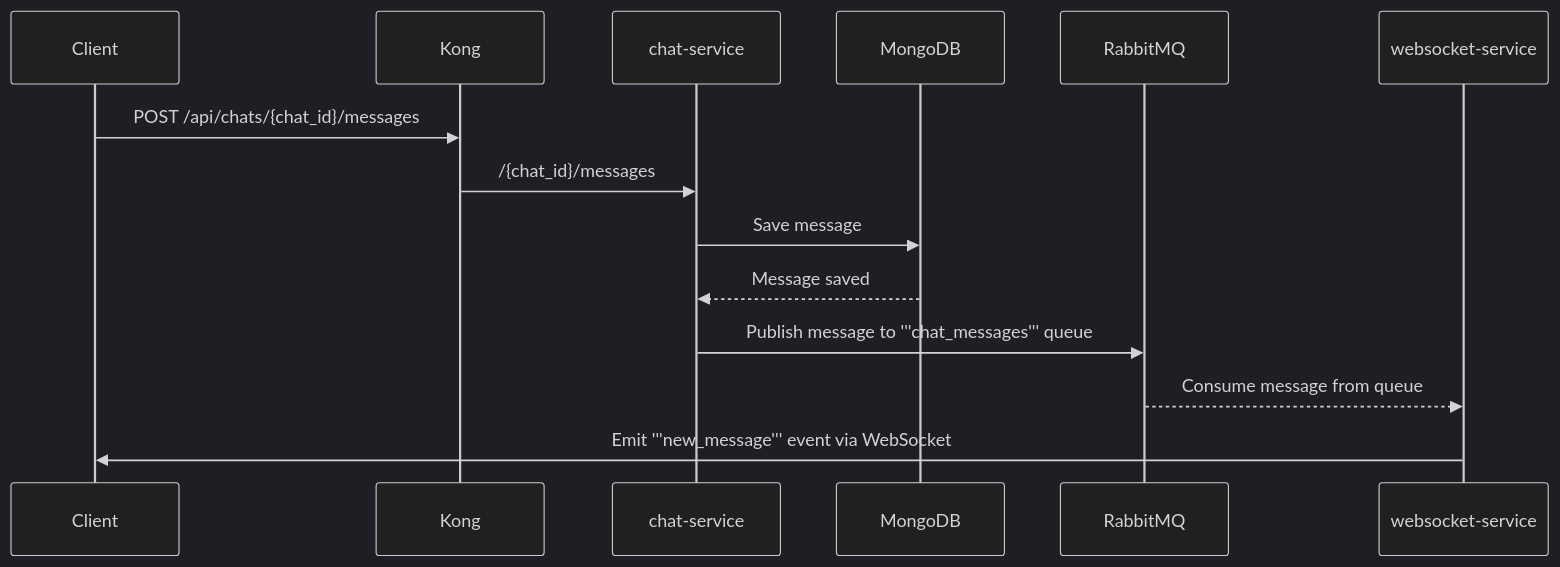
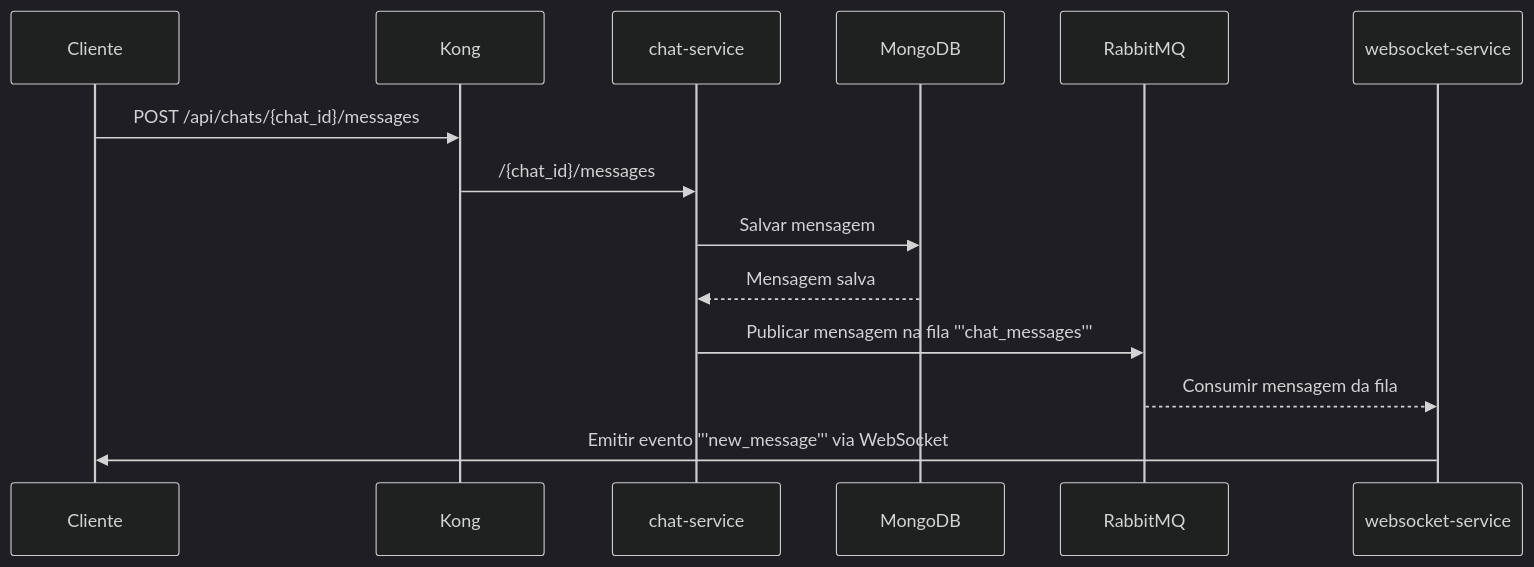
One commit to Thiagoldo/pos-unifametro-backend changed the third of 16 diagrams in docs/diagrams.md. Above: the diagram before and after it, drawn with Mermaid (dark theme). The commit also changed other lines of this file, not shown here.

Commit message:
docs: translate diagrams.md to portuguese

````diff
--- a/docs/diagrams.md
+++ b/docs/diagrams.md
@@ -40,17 +40,17 @@
 ```mermaid
 sequenceDiagram
-    participant Client
+    participant Cliente
     participant Kong
     participant chat-service
     participant MongoDB
     participant RabbitMQ
     participant websocket-service
 
-    Client->>Kong: POST /api/chats/{chat_id}/messages
+    Cliente->>Kong: POST /api/chats/{chat_id}/messages
     Kong->>chat-service: /{chat_id}/messages
-    chat-service->>MongoDB: Save message
-    MongoDB-->>chat-service: Message saved
-    chat-service->>RabbitMQ: Publish message to '''chat_messages''' queue
-    RabbitMQ-->>websocket-service: Consume message from queue
-    websocket-service->>Client: Emit '''new_message''' event via WebSocket
+    chat-service->>MongoDB: Salvar mensagem
+    MongoDB-->>chat-service: Mensagem salva
+    chat-service->>RabbitMQ: Publicar mensagem na fila '''chat_messages'''
+    RabbitMQ-->>websocket-service: Consumir mensagem da fila
+    websocket-service->>Cliente: Emitir evento '''new_message''' via WebSocket
 ```
````
